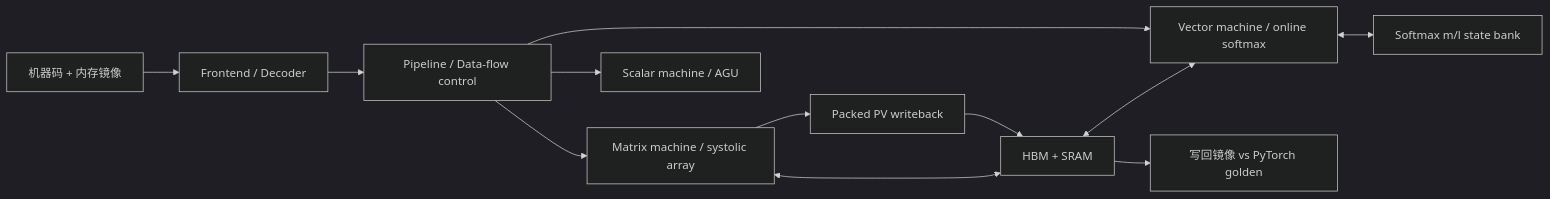
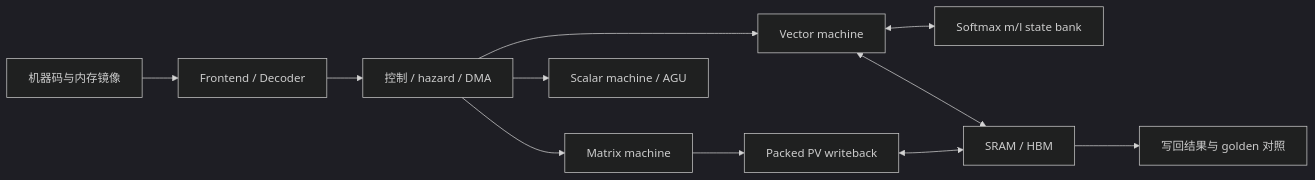
One commit to Sanssssssssssssssss/plena-hardware changed the diagram in README.md. Above: the diagram before and after it, drawn with Mermaid (dark theme). The commit also changed other lines of this file and 3 other files, not shown here.

````diff
--- a/README.md
+++ b/README.md
@@ -9,14 +21,13 @@
 ```mermaid
 flowchart LR
-  I[机器码 + 内存镜像] --> F[Frontend / Decoder]
-  F --> C[Pipeline / Data-flow control]
-  C --> M[Matrix machine / systolic array]
-  C --> V[Vector machine / online softmax]
+  I[机器码与内存镜像] --> F[Frontend / Decoder]
+  F --> C[控制 / hazard / DMA]
+  C --> M[Matrix machine]
+  C --> V[Vector machine]
   C --> S[Scalar machine / AGU]
-  H[HBM + SRAM] <--> M
-  H <--> V
   M --> P[Packed PV writeback]
-  P --> H
   V <--> B[Softmax m/l state bank]
-  H --> O[写回镜像 vs PyTorch golden]
+  P <--> H[SRAM / HBM]
+  V <--> H
+  H --> O[写回结果与 golden 对照]
 ```
````
